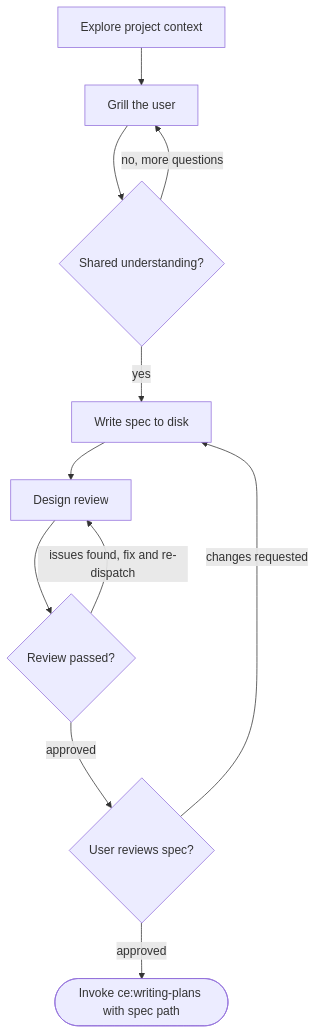
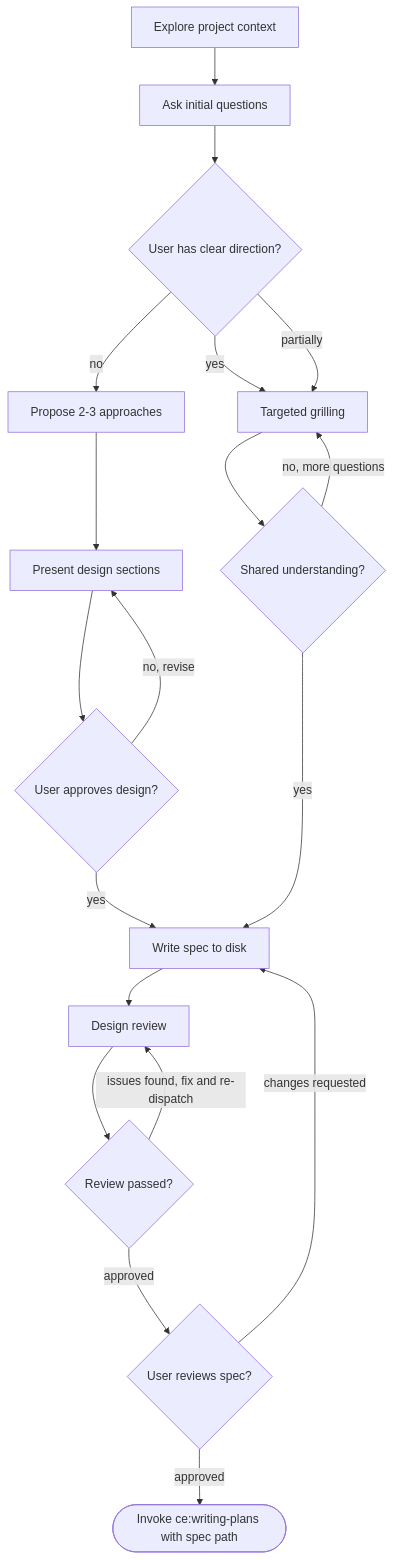
One commit to Broderick-Westrope/claude-essentials changed the diagram in plugins/ce/skills/grilling/SKILL.md. Above: the diagram before and after it, drawn with Mermaid. The commit also changed other lines of this file and 14 other files, not shown here.

````diff
--- a/plugins/ce/skills/grilling/SKILL.md
+++ b/plugins/ce/skills/grilling/SKILL.md
@@ -29,13 +35,21 @@
 ```mermaid
 flowchart TD
-    A[Explore project context] --> B[Grill the user]
-    B --> C{Shared understanding?}
-    C -->|no, more questions| B
-    C -->|yes| D[Write spec to disk]
-    D --> E[Design review]
-    E --> F{Review passed?}
-    F -->|issues found, fix and re-dispatch| E
-    F -->|approved| G{User reviews spec?}
-    G -->|changes requested| D
-    G -->|approved| H([Invoke ce:writing-plans with spec path])
+    A[Explore project context] --> B[Ask initial questions]
+    B --> C{User has clear direction?}
+    C -->|yes| D[Targeted grilling]
+    C -->|no| E[Propose 2-3 approaches]
+    C -->|partially| D
+    D --> F{Shared understanding?}
+    F -->|no, more questions| D
+    E --> G[Present design sections]
+    G --> H{User approves design?}
+    H -->|no, revise| G
+    H -->|yes| I[Write spec to disk]
+    F -->|yes| I
+    I --> J[Design review]
+    J --> K{Review passed?}
+    K -->|issues found, fix and re-dispatch| J
+    K -->|approved| L{User reviews spec?}
+    L -->|changes requested| I
+    L -->|approved| M([Invoke ce:writing-plans with spec path])
 ```
````
